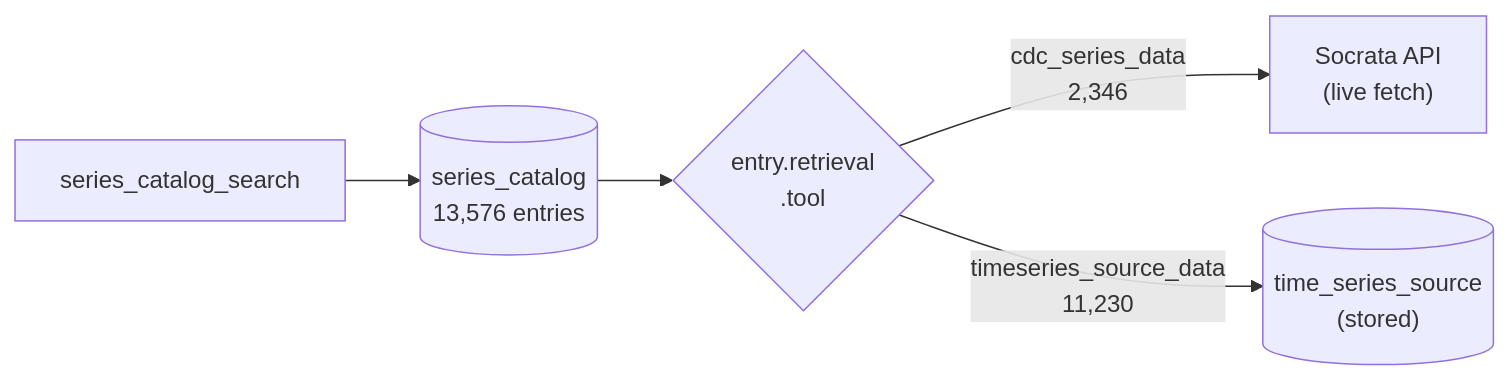
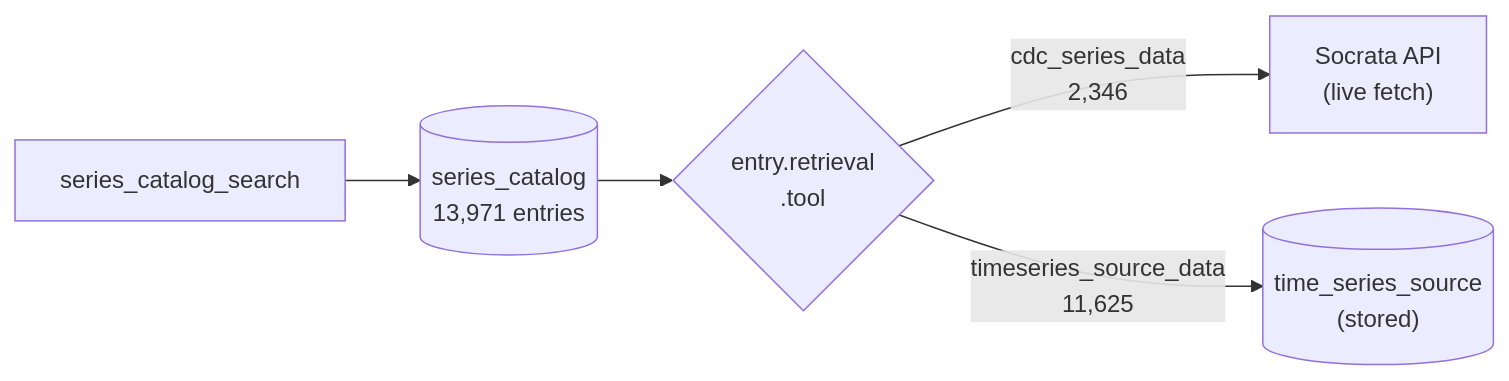
Before and after one commit to glyfish/sefer: the diagram in meida/series-catalog.md, drawn with Mermaid. The commit also changed other lines of this file and 4 other files, not shown here.

````diff
--- a/meida/series-catalog.md
+++ b/meida/series-catalog.md
@@ -94,7 +94,7 @@
 ```mermaid
 graph LR
-    Q["series_catalog_search"] --> C[("series_catalog<br/>13,576 entries")]
+    Q["series_catalog_search"] --> C[("series_catalog<br/>13,971 entries")]
     C --> R{"entry.retrieval<br/>.tool"}
     R -->|"cdc_series_data<br/>2,346"| S["Socrata API<br/>(live fetch)"]
-    R -->|"timeseries_source_data<br/>11,230"| T[("time_series_source<br/>(stored)")]
+    R -->|"timeseries_source_data<br/>11,625"| T[("time_series_source<br/>(stored)")]
 ```
````
